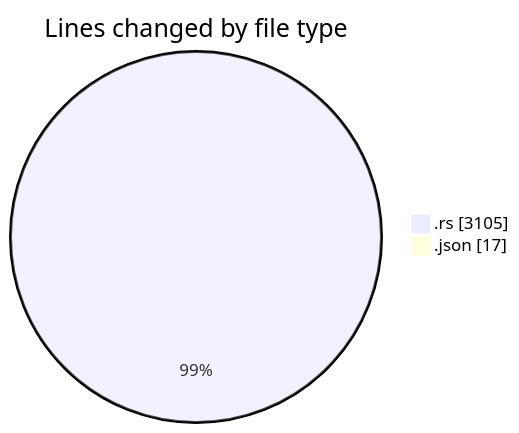
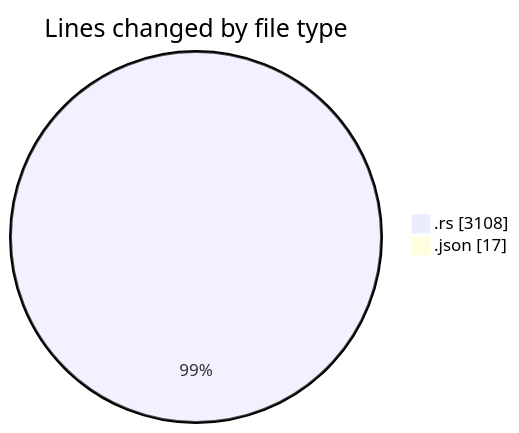
The first of 2 diagrams in 2025-12-28/rust/README.md (Ritupan-Deka/code-tracking), drawn with Mermaid before and after one commit. The commit also changed other lines of this file and 1 other file, not shown here.

````diff
--- a/2025-12-28/rust/README.md
+++ b/2025-12-28/rust/README.md
@@ -21,6 +21,6 @@
 ```mermaid
 pie showData
 title Lines changed by file type
-".rs" : 3105
+".rs" : 3108
 ".json" : 17
 ```
````
